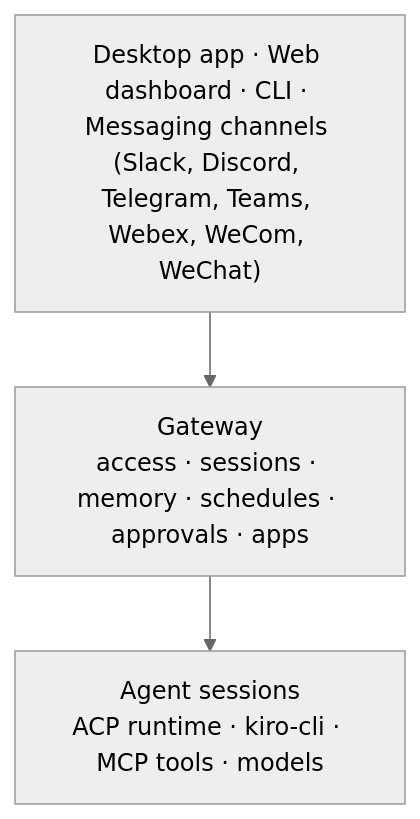
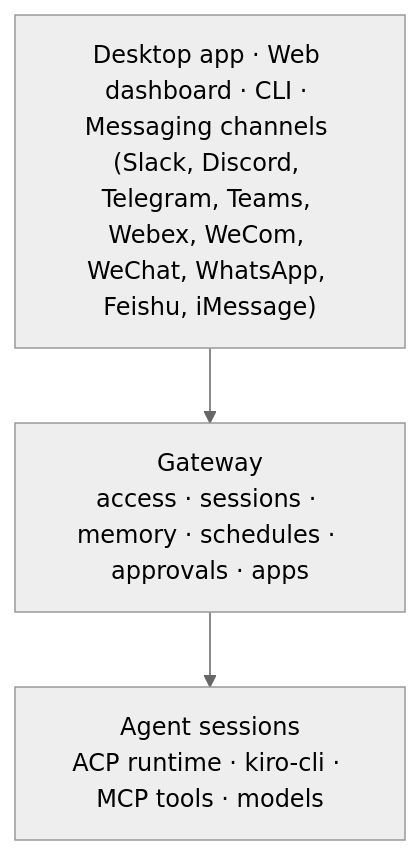
One commit to muhmuhkuh/KiroCrew changed the diagram in README.md. Above: the diagram before and after it, drawn with Mermaid (neutral theme). The commit also changed other lines of this file and 9508 other files, not shown here.

````diff
--- a/README.md
+++ b/README.md
@@ -255,7 +288,7 @@
 ```mermaid
 flowchart TD
-    S["Desktop app · Web dashboard · CLI · Messaging channels (Slack, Discord, Telegram, Teams, Webex, WeCom, WeChat)"]
+    S["Desktop app · Web dashboard · CLI · Messaging channels (Slack, Discord, Telegram, Teams, Webex, WeCom, WeChat, WhatsApp, Feishu, iMessage)"]
     G["Gateway<br/>access · sessions · memory · schedules · approvals · apps"]
     A["Agent sessions<br/>ACP runtime · kiro-cli · MCP tools · models"]
     S --> G --> A
 ```
````
